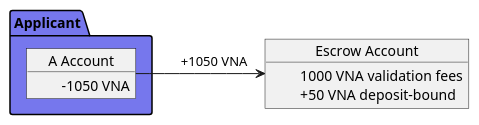
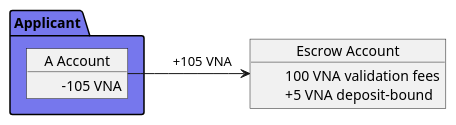
One commit to verana-labs/verifiable-trust-vpr-spec changed the eighth of 21 diagrams in spec.md. Above: the diagram before and after it, drawn with PlantUML. The commit also changed other lines of this file, not shown here.

First line of the commit message:
docs(spec): use realistic VNA amounts in examples

````diff
--- a/spec.md
+++ b/spec.md
@@ -752,24 +752,24 @@
 ```plantuml
 
 @startuml
 scale max 1200 width
  
 
 
 package "Applicant" as issuer #7677ed {
     object "A Account" as issuera {
-         \t-1050 VNA
+         \t-105 VNA
     }
 }
 
 object "Escrow Account" as escrow {
-    \t1000 VNA validation fees
-    \t+50 VNA deposit-bound
+    \t100 VNA validation fees
+    \t+5 VNA deposit-bound
 }
 
-issuera -r-> escrow: \t+1050 VNA
+issuera -r-> escrow: \t+105 VNA
 
 
 @enduml
 
 ```
````
